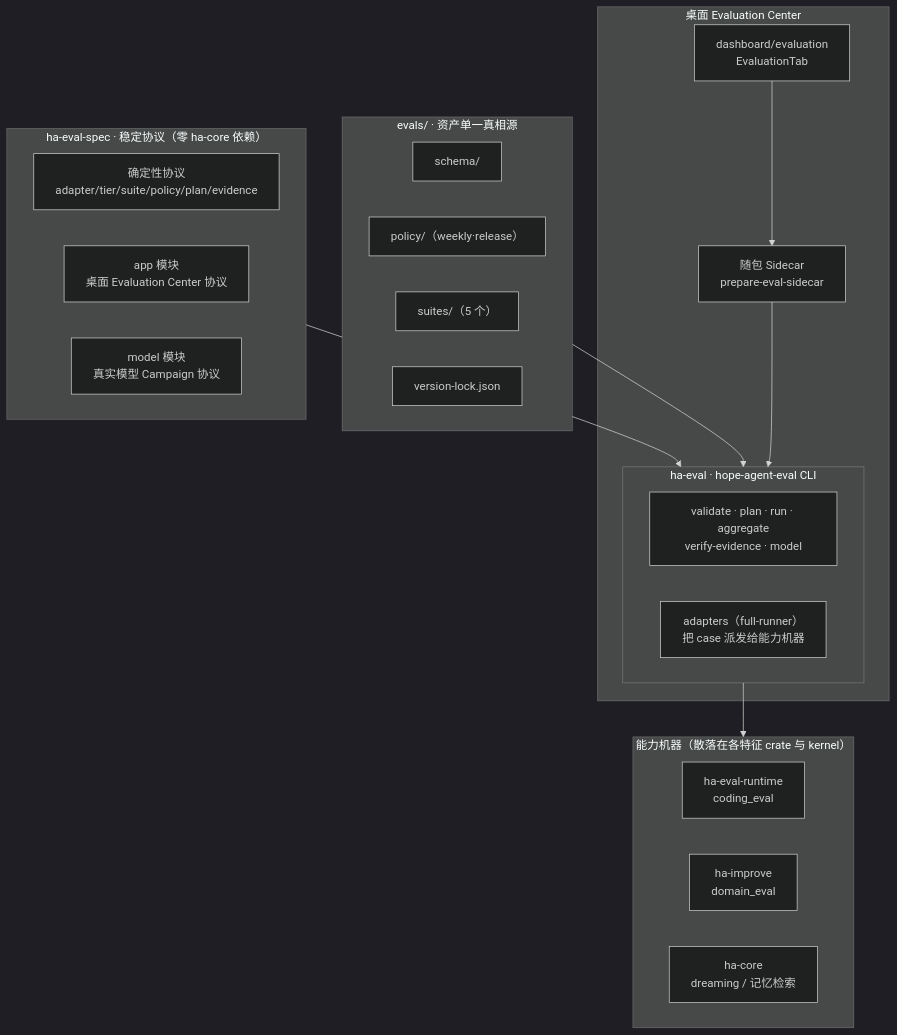
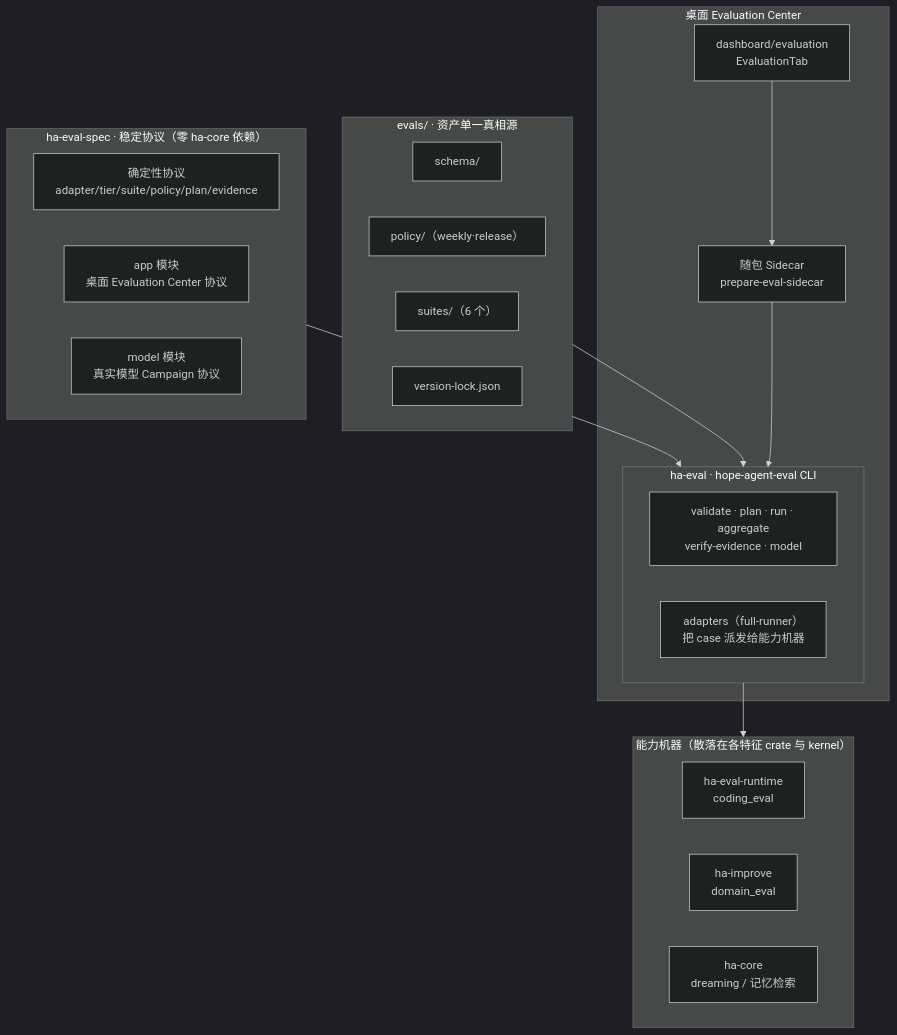
Before and after one commit to gabrielmoreira/agent-skills-mirror: the first of 4 diagrams in mirrors/repos/shiwenwen@hope-agent/docs/architecture/agent/capability-eval.md, drawn with Mermaid (dark theme). The commit also changed other lines of this file and 1493 other files, not shown here.

````diff
--- a/mirrors/repos/shiwenwen@hope-agent/docs/architecture/agent/capability-eval.md
+++ b/mirrors/repos/shiwenwen@hope-agent/docs/architecture/agent/capability-eval.md
@@ -38,40 +38,40 @@
 ```mermaid
 flowchart TB
     subgraph proto["ha-eval-spec · 稳定协议（零 ha-core 依赖）"]
         direction LR
         det["确定性协议<br/>adapter/tier/suite/policy/plan/evidence"]
         appm["app 模块<br/>桌面 Evaluation Center 协议"]
         modelm["model 模块<br/>真实模型 Campaign 协议"]
     end
 
     subgraph cli["ha-eval · hope-agent-eval CLI"]
         direction LR
         sub["validate · plan · run · aggregate<br/>verify-evidence · model"]
         adp["adapters（full-runner）<br/>把 case 派发给能力机器"]
     end
 
     subgraph machines["能力机器（散落在各特征 crate 与 kernel）"]
         direction LR
         cr["ha-eval-runtime<br/>coding_eval"]
         im["ha-improve<br/>domain_eval"]
         kn["ha-core<br/>dreaming / 记忆检索"]
     end
 
     subgraph assets["evals/ · 资产单一真相源"]
         direction LR
         sch["schema/"]
         pol["policy/（weekly·release）"]
-        suites["suites/（5 个）"]
+        suites["suites/（6 个）"]
         lock["version-lock.json"]
     end
 
     proto --> cli
     cli --> machines
     assets --> cli
 
     subgraph desktop["桌面 Evaluation Center"]
         tab["dashboard/evaluation<br/>EvaluationTab"]
         car["随包 Sidecar<br/>prepare-eval-sidecar"]
         tab --> car --> cli
     end
 ```
````
